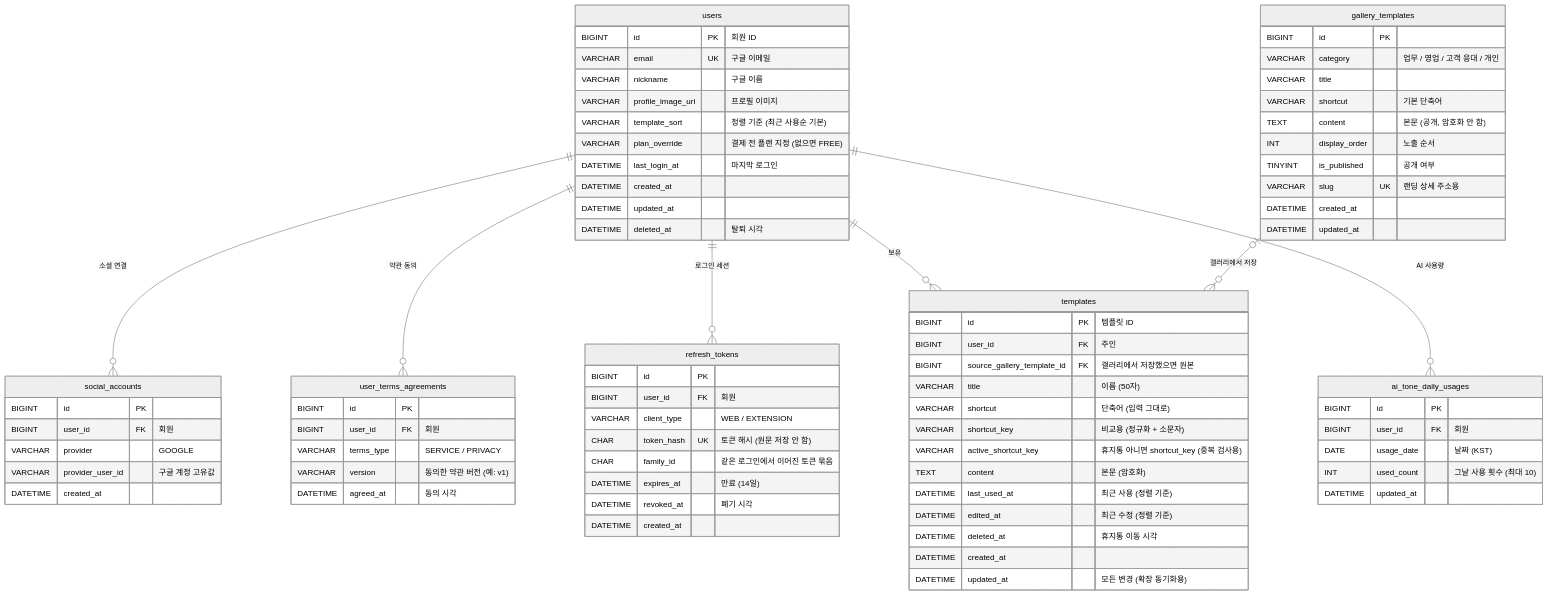
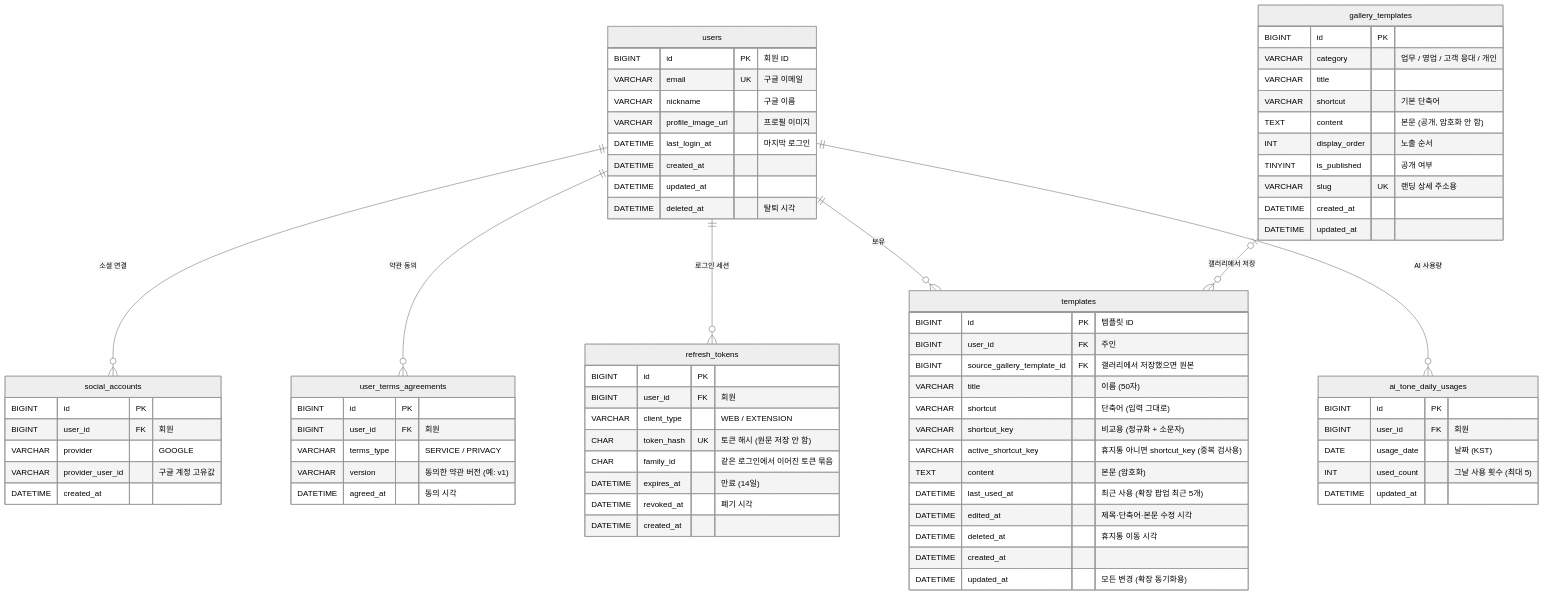
One commit to SnipText-Developer/backend changed the diagram in docs/erd.md. Above: the diagram before and after it, drawn with Mermaid (neutral theme). The commit also changed other lines of this file and 2 other files, not shown here.

Commit message:
docs: PRO 결제 제거·정렬 고정 반영 — 명세·ERD v0.8 (#58)

````diff
--- a/docs/erd.md
+++ b/docs/erd.md
@@ -16,79 +17,77 @@
 ```mermaid
 erDiagram
     users ||--o{ social_accounts : "소셜 연결"
     users ||--o{ user_terms_agreements : "약관 동의"
     users ||--o{ refresh_tokens : "로그인 세션"
     users ||--o{ templates : "보유"
     users ||--o{ ai_tone_daily_usages : "AI 사용량"
     gallery_templates |o--o{ templates : "갤러리에서 저장"
     users {
         BIGINT id PK "회원 ID"
         VARCHAR email UK "구글 이메일"
         VARCHAR nickname "구글 이름"
         VARCHAR profile_image_url "프로필 이미지"
-        VARCHAR template_sort "정렬 기준 (최근 사용순 기본)"
-        VARCHAR plan_override "결제 전 플랜 지정 (없으면 FREE)"
         DATETIME last_login_at "마지막 로그인"
         DATETIME created_at
         DATETIME updated_at
         DATETIME deleted_at "탈퇴 시각"
     }
     user_terms_agreements {
         BIGINT id PK
         BIGINT user_id FK "회원"
         VARCHAR terms_type "SERVICE / PRIVACY"
         VARCHAR version "동의한 약관 버전 (예: v1)"
         DATETIME agreed_at "동의 시각"
     }
     social_accounts {
         BIGINT id PK
         BIGINT user_id FK "회원"
         VARCHAR provider "GOOGLE"
         VARCHAR provider_user_id "구글 계정 고유값"
         DATETIME created_at
     }
     refresh_tokens {
         BIGINT id PK
         BIGINT user_id FK "회원"
         VARCHAR client_type "WEB / EXTENSION"
         CHAR token_hash UK "토큰 해시 (원문 저장 안 함)"
         CHAR family_id "같은 로그인에서 이어진 토큰 묶음"
         DATETIME expires_at "만료 (14일)"
         DATETIME revoked_at "폐기 시각"
         DATETIME created_at
     }
     templates {
         BIGINT id PK "템플릿 ID"
         BIGINT user_id FK "주인"
         BIGINT source_gallery_template_id FK "갤러리에서 저장했으면 원본"
         VARCHAR title "이름 (50자)"
         VARCHAR shortcut "단축어 (입력 그대로)"
         VARCHAR shortcut_key "비교용 (정규화 + 소문자)"
         VARCHAR active_shortcut_key "휴지통 아니면 shortcut_key (중복 검사용)"
         TEXT content "본문 (암호화)"
-        DATETIME last_used_at "최근 사용 (정렬 기준)"
-        DATETIME edited_at "최근 수정 (정렬 기준)"
+        DATETIME last_used_at "최근 사용 (확장 팝업 최근 5개)"
+        DATETIME edited_at "제목·단축어·본문 수정 시각"
         DATETIME deleted_at "휴지통 이동 시각"
         DATETIME created_at
         DATETIME updated_at "모든 변경 (확장 동기화용)"
     }
     gallery_templates {
         BIGINT id PK
         VARCHAR category "업무 / 영업 / 고객 응대 / 개인"
         VARCHAR title
         VARCHAR shortcut "기본 단축어"
         TEXT content "본문 (공개, 암호화 안 함)"
         INT display_order "노출 순서"
         TINYINT is_published "공개 여부"
         VARCHAR slug UK "랜딩 상세 주소용"
         DATETIME created_at
         DATETIME updated_at
     }
     ai_tone_daily_usages {
         BIGINT id PK
         BIGINT user_id FK "회원"
         DATE usage_date "날짜 (KST)"
-        INT used_count "그날 사용 횟수 (최대 10)"
+        INT used_count "그날 사용 횟수 (최대 5)"
         DATETIME updated_at
     }
 ```
````
